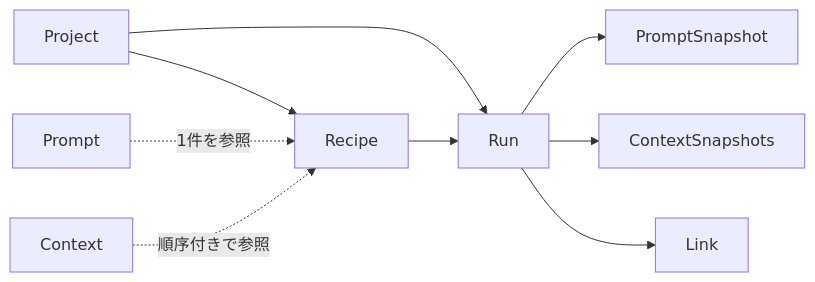
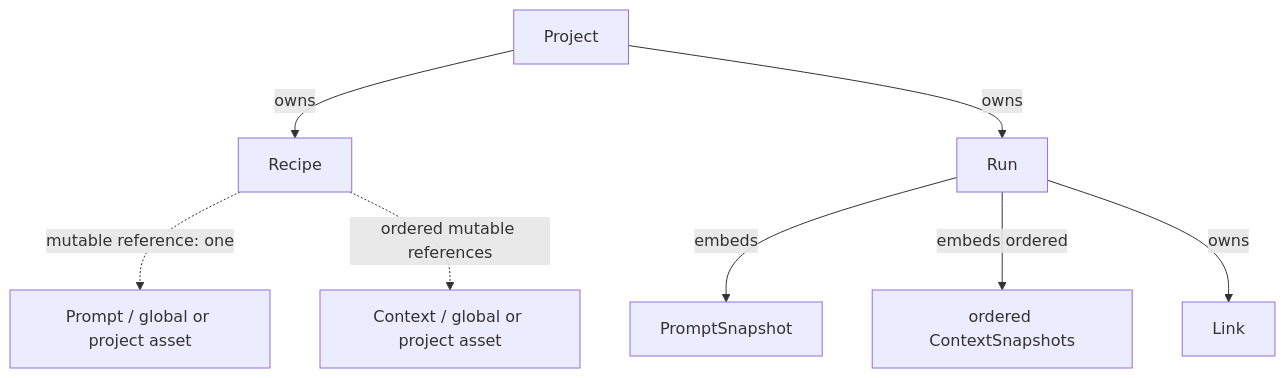
Before and after one commit to yuyuyu0706/ai-workbench: the diagram in docs/architecture/prompt-trail/data-model.md, drawn with Mermaid. The commit also changed other lines of this file, not shown here.

Commit message:
docs: sync PromptTrail data model

````diff
--- a/docs/architecture/prompt-trail/data-model.md
+++ b/docs/architecture/prompt-trail/data-model.md
@@ -251,11 +19,19 @@
 ```mermaid
-flowchart LR
-  Project --> Recipe
-  Project --> Run
-  Prompt -. "1件を参照" .-> Recipe
-  Context -. "順序付きで参照" .-> Recipe
-  Recipe --> Run
-  Run --> PromptSnapshot
-  Run --> ContextSnapshots
-  Run --> Link
+flowchart TD
+  Project[Project]
+  Prompt[Prompt / global or project asset]
+  Context[Context / global or project asset]
+  Recipe[Recipe]
+  Run[Run]
+  PromptSnapshot[PromptSnapshot]
+  ContextSnapshots[ordered ContextSnapshots]
+  Link[Link]
+
+  Project -->|owns| Recipe
+  Project -->|owns| Run
+  Recipe -. mutable reference: one .-> Prompt
+  Recipe -. ordered mutable references .-> Context
+  Run -->|embeds| PromptSnapshot
+  Run -->|embeds ordered| ContextSnapshots
+  Run -->|owns| Link
 ```
````
